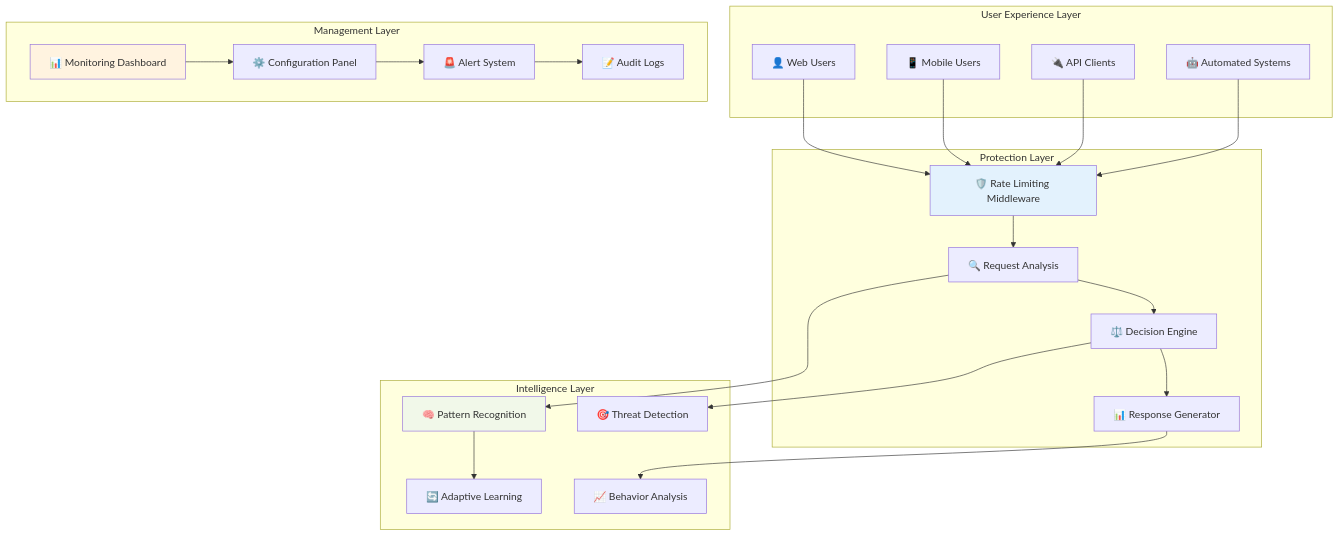
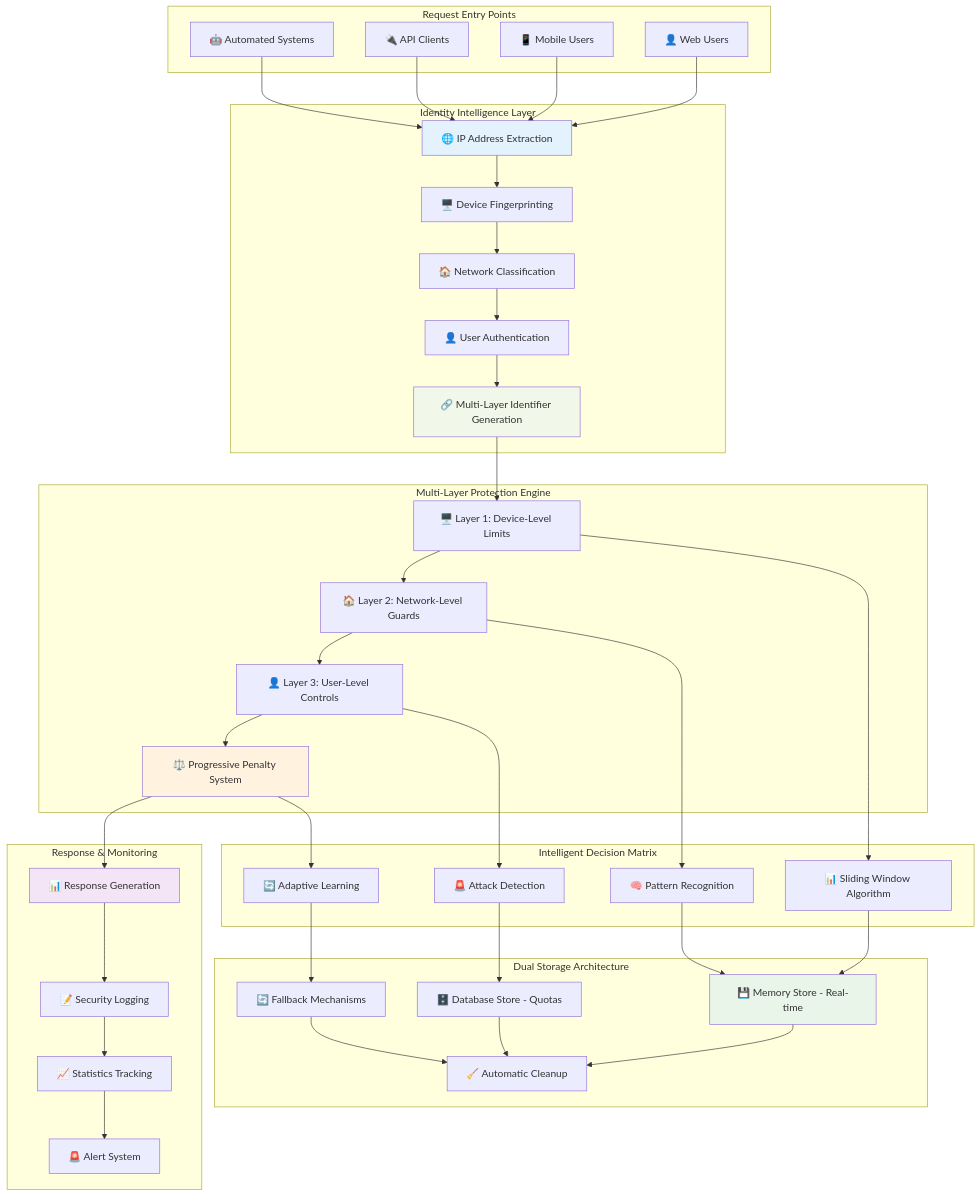
Before and after one commit to Underwood-Inc/idling.app__UI: the first of 18 diagrams in DOCS/rate-limiting/index.md, drawn with Mermaid. The commit also changed other lines of this file and 30 other files, not shown here.

````diff
--- a/DOCS/rate-limiting/index.md
+++ b/DOCS/rate-limiting/index.md
@@ -14,31 +13,46 @@
 ```mermaid
 graph TB
-    subgraph "User Experience Layer"
+    subgraph "Request Entry Points"
         A[👤 Web Users]
         B[📱 Mobile Users]
         C[🔌 API Clients]
         D[🤖 Automated Systems]
     end
 
-    subgraph "Protection Layer"
-        E[🛡️ Rate Limiting Middleware]
-        F[🔍 Request Analysis]
-        G[⚖️ Decision Engine]
-        H[📊 Response Generator]
+    subgraph "Identity Intelligence Layer"
+        E[🌐 IP Address Extraction]
+        F[🖥️ Device Fingerprinting]
+        G[🏠 Network Classification]
+        H[👤 User Authentication]
+        I[🔗 Multi-Layer Identifier Generation]
     end
 
-    subgraph "Intelligence Layer"
-        I[🧠 Pattern Recognition]
-        J[🎯 Threat Detection]
-        K[📈 Behavior Analysis]
-        L[🔄 Adaptive Learning]
+    subgraph "Multi-Layer Protection Engine"
+        J[🖥️ Layer 1: Device-Level Limits]
+        K[🏠 Layer 2: Network-Level Guards]
+        L[👤 Layer 3: User-Level Controls]
+        M[⚖️ Progressive Penalty System]
     end
 
-    subgraph "Management Layer"
-        M[📊 Monitoring Dashboard]
-        N[⚙️ Configuration Panel]
-        O[🚨 Alert System]
-        P[📝 Audit Logs]
+    subgraph "Intelligent Decision Matrix"
+        N[📊 Sliding Window Algorithm]
+        O[🧠 Pattern Recognition]
+        P[🚨 Attack Detection]
+        Q[🔄 Adaptive Learning]
+    end
+
+    subgraph "Dual Storage Architecture"
+        R[💾 Memory Store - Real-time]
+        S[🗄️ Database Store - Quotas]
+        T[🔄 Fallback Mechanisms]
+        U[🧹 Automatic Cleanup]
+    end
+
+    subgraph "Response & Monitoring"
+        V[📊 Response Generation]
+        W[📝 Security Logging]
+        X[📈 Statistics Tracking]
+        Y[🚨 Alert System]
     end
 
     A --> E
@@ -49,17 +63,35 @@
     E --> F
     F --> G
     G --> H
+    H --> I
 
-    F --> I
-    G --> J
-    H --> K
-    I --> L
+    I --> J
+    J --> K
+    K --> L
+    L --> M
 
-    M --> N
-    N --> O
-    O --> P
+    J --> N
+    K --> O
+    L --> P
+    M --> Q
+
+    N --> R
+    O --> R
+    P --> S
+    Q --> T
+
+    R --> U
+    S --> U
+    T --> U
+
+    M --> V
+    V --> W
+    W --> X
+    X --> Y
 
     style E fill:#e3f2fd
     style I fill:#f1f8e9
     style M fill:#fff3e0
+    style R fill:#e8f5e8
+    style V fill:#f3e5f5
 ```
````
